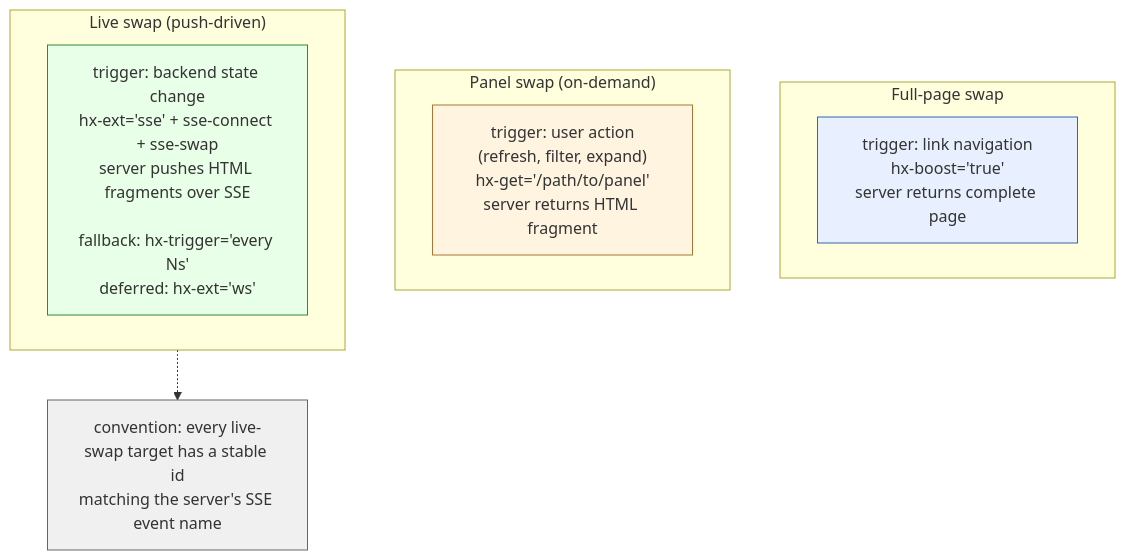
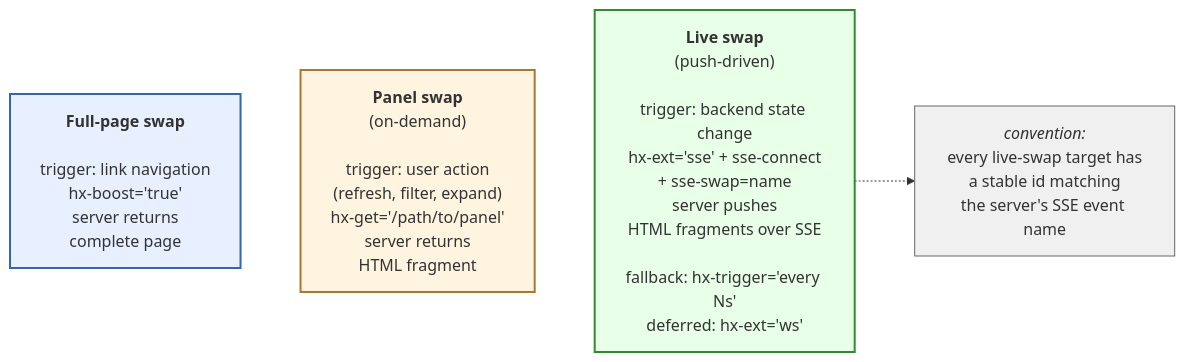
The diagram in docs/design/diagrams/SRD-0110/swap-cadences.mmd (nosqlbench/hyperplane-rs), drawn with Mermaid before and after one commit. The commit also changed 32 other files, not shown here.

```diff
--- a/docs/design/diagrams/SRD-0110/swap-cadences.mmd
+++ b/docs/design/diagrams/SRD-0110/swap-cadences.mmd
@@ -1,26 +1,20 @@
 %% Copyright (c) Jonathan Shook
 %% SPDX-License-Identifier: Apache-2.0
-flowchart TB
-    subgraph Full ["Full-page swap"]
-        F["trigger: link navigation<br/>hx-boost='true'<br/>server returns complete page"]
-    end
+%%{init: {'flowchart': {'nodeSpacing': 40, 'rankSpacing': 60}}}%%
+flowchart LR
+    F["<b>Full-page swap</b><br/><br/>trigger: link navigation<br/>hx-boost='true'<br/>server returns<br/>complete page"]
+    P["<b>Panel swap</b><br/>(on-demand)<br/><br/>trigger: user action<br/>(refresh, filter, expand)<br/>hx-get='/path/to/panel'<br/>server returns<br/>HTML fragment"]
+    L["<b>Live swap</b><br/>(push-driven)<br/><br/>trigger: backend state change<br/>hx-ext='sse' + sse-connect<br/>+ sse-swap=name<br/>server pushes<br/>HTML fragments over SSE<br/><br/>fallback: hx-trigger='every Ns'<br/>deferred: hx-ext='ws'"]
+    Note["<i>convention:</i><br/>every live-swap target has<br/>a stable id matching<br/>the server's SSE event name"]
 
-    subgraph Panel ["Panel swap (on-demand)"]
-        P["trigger: user action<br/>(refresh, filter, expand)<br/>hx-get='/path/to/panel'<br/>server returns HTML fragment"]
-    end
+    F ~~~ P ~~~ L
+    L -.-> Note
 
-    subgraph Live ["Live swap (push-driven)"]
-        L["trigger: backend state change<br/>hx-ext='sse' + sse-connect + sse-swap<br/>server pushes HTML fragments over SSE<br/><br/>fallback: hx-trigger='every Ns'<br/>deferred: hx-ext='ws'"]
-    end
-
-    Note["convention: every live-swap target has a stable id<br/>matching the server's SSE event name"]
-    Live -.-> Note
-
-    classDef full fill:#e8f0ff,stroke:#3366aa
-    classDef panel fill:#fff4e0,stroke:#aa7733
-    classDef live fill:#e8ffe8,stroke:#338833
+    classDef full fill:#e8f0ff,stroke:#3366aa,stroke-width:2px
+    classDef panel fill:#fff4e0,stroke:#aa7733,stroke-width:2px
+    classDef live fill:#e8ffe8,stroke:#338833,stroke-width:2px
     classDef conv fill:#f0f0f0,stroke:#666
     class F full
     class P panel
     class L live
     class Note conv
```
